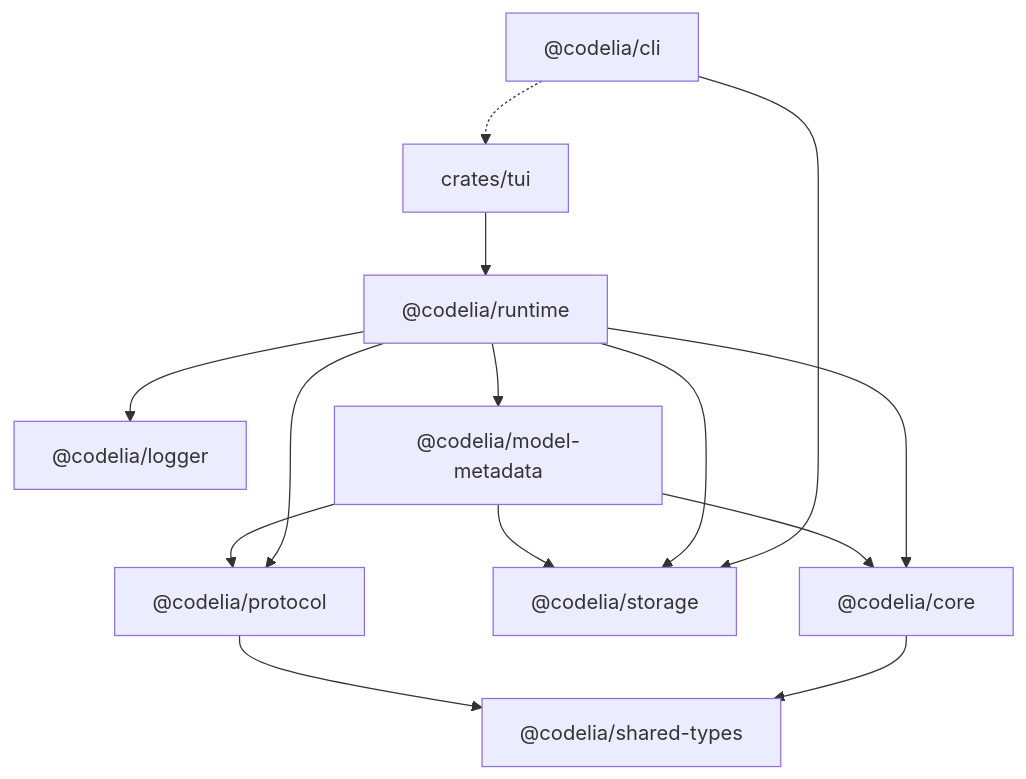
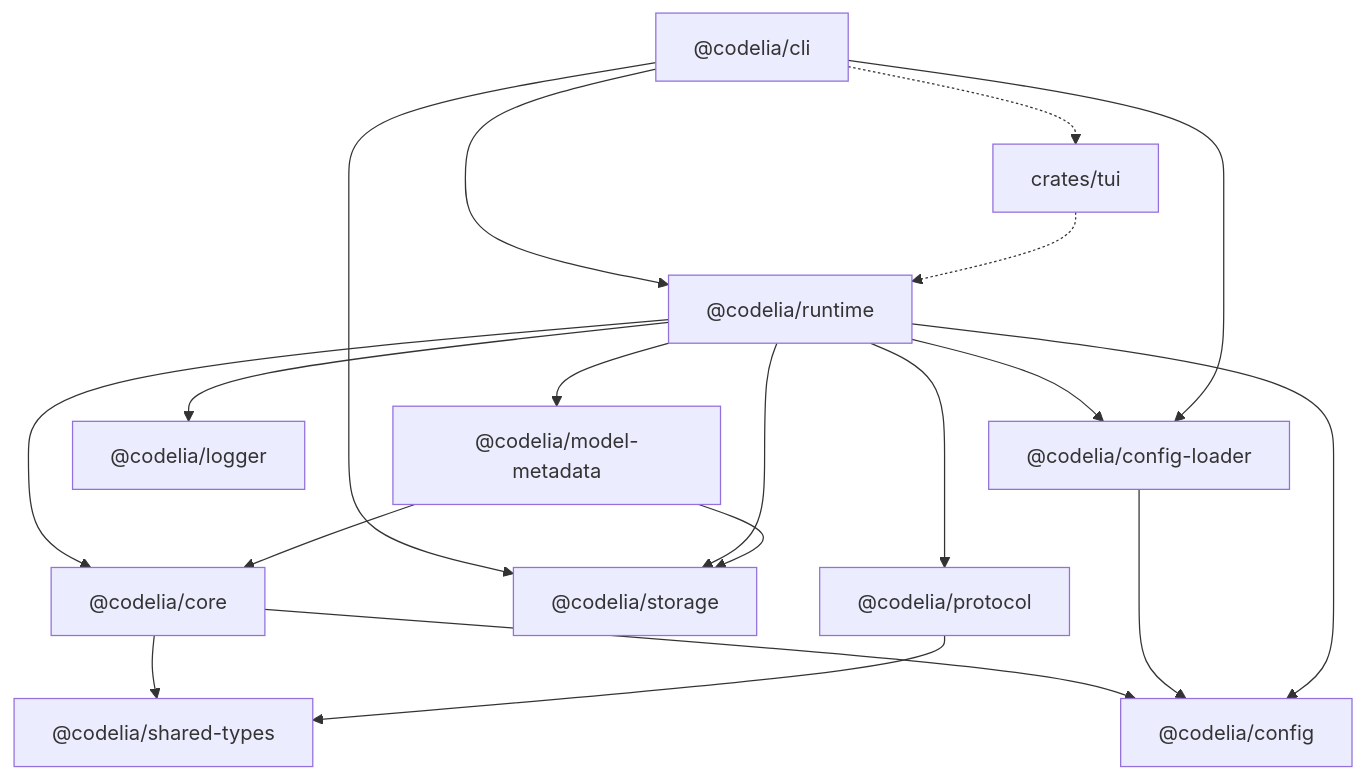
One commit to kousw/codelia changed the diagram in docs/reference-architecture.md. Above: the diagram before and after it, drawn with Mermaid. The commit also changed other lines of this file and 13 other files, not shown here.

````diff
--- a/docs/reference-architecture.md
+++ b/docs/reference-architecture.md
@@ -69,26 +73,33 @@
 ```mermaid
 graph TD
   core["@codelia/core"]
   shared["@codelia/shared-types"]
   storage["@codelia/storage"]
   protocol["@codelia/protocol"]
+  config["@codelia/config"]
+  configloader["@codelia/config-loader"]
   runtime["@codelia/runtime"]
   logger["@codelia/logger"]
   cli["@codelia/cli"]
   modelmeta["@codelia/model-metadata"]
   tui["crates/tui"]
 
   core --> shared
+  core --> config
   protocol --> shared
+  configloader --> config
   runtime --> core
   runtime --> logger
   runtime --> protocol
+  runtime --> config
+  runtime --> configloader
+  cli --> runtime
+  cli --> configloader
   cli --> storage
   cli -.-> tui
   runtime --> modelmeta
   runtime --> storage
   modelmeta --> core
   modelmeta --> storage
-  modelmeta --> protocol
-  tui --> runtime
+  tui -.-> runtime
 ```
````
